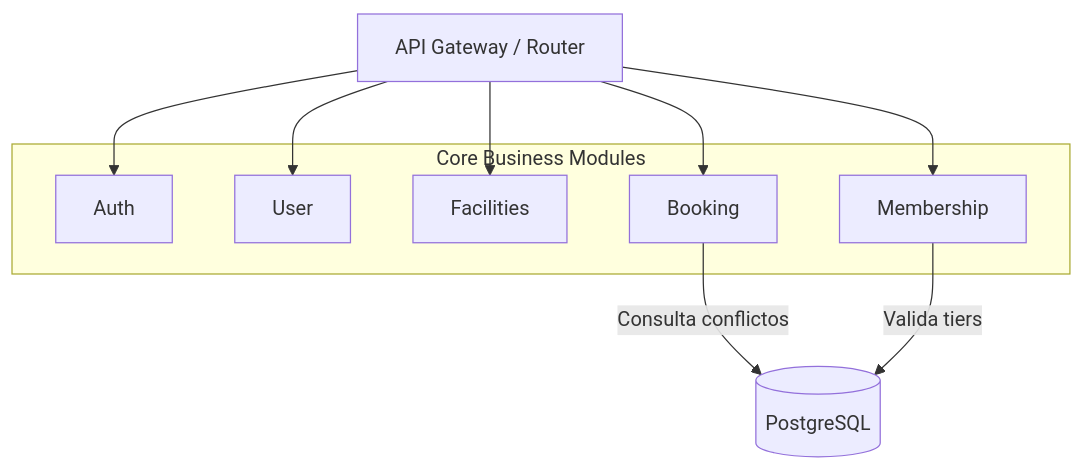
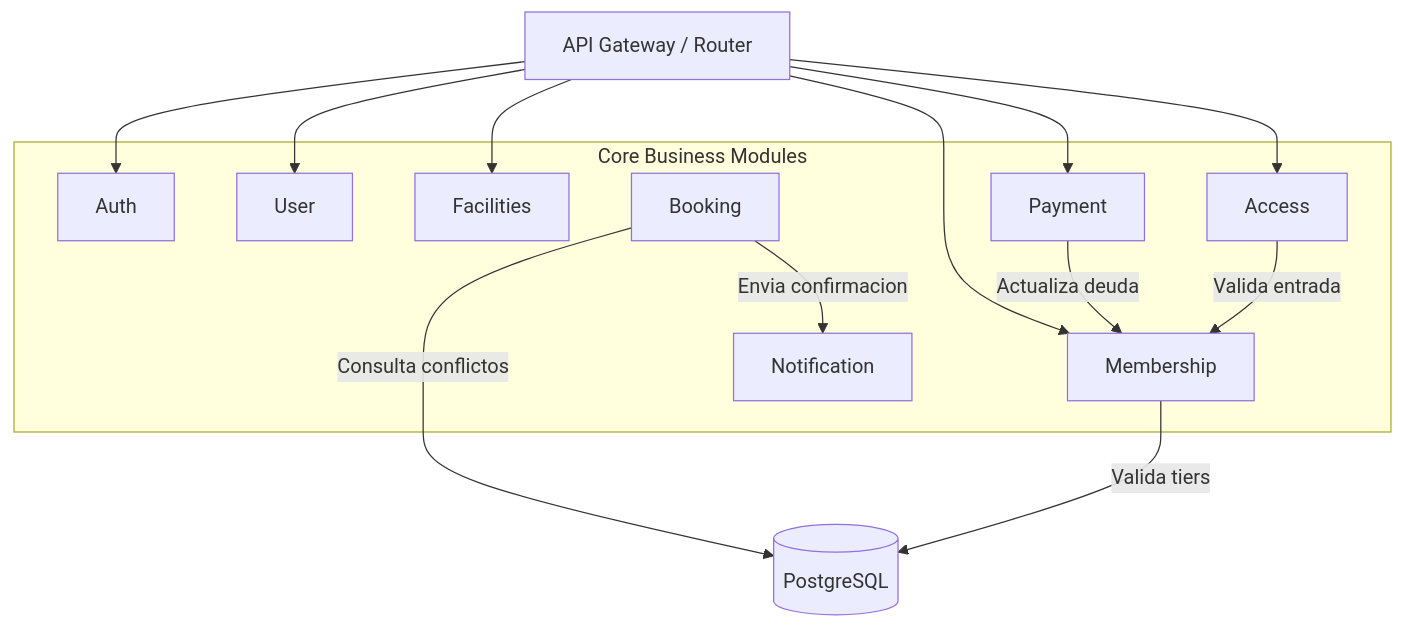
Before and after one commit to lukcba-developers/club-pulse-system-api: the diagram in docs/architecture/ARCHITECTURE.md, drawn with Mermaid. The commit also changed 44 other files, not shown here.

Commit message:
Add access, attendance, and payment modules with related services and handlers

````diff
--- a/docs/architecture/ARCHITECTURE.md
+++ b/docs/architecture/ARCHITECTURE.md
@@ -36,19 +36,26 @@
 ```mermaid
 graph TD
     API[API Gateway / Router] --> Auth
     API --> User
     API --> Facilities
     API --> Membership
-    API --> Booking
+    API --> Payment
+    API --> Access
 
     subgraph "Core Business Modules"
         Auth
         User
         Facilities
         Membership
         Booking
+        Payment
+        Access
+        Notification
     end
 
     Booking -->|Consulta conflictos| DB[(PostgreSQL)]
     Membership -->|Valida tiers| DB
+    Payment -->|Actualiza deuda| Membership
+    Access -->|Valida entrada| Membership
+    Booking -->|Envia confirmacion| Notification
 ```
````
